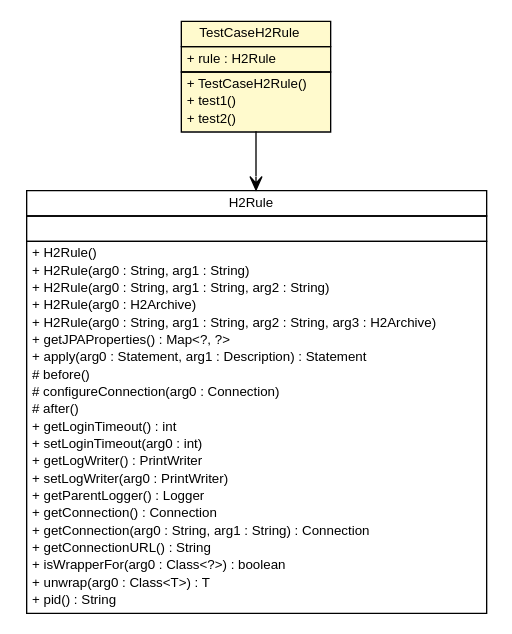
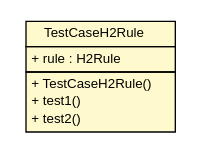
The diagram in testapidocs/com/edugility/liquiunit/TestCaseH2Rule.dot (ljnelson/liquiunit), drawn with Graphviz before and after one commit. The commit also changed 74 other files, not shown here.

```diff
--- a/testapidocs/com/edugility/liquiunit/TestCaseH2Rule.dot
+++ b/testapidocs/com/edugility/liquiunit/TestCaseH2Rule.dot
@@ -1,60 +1,26 @@
 #!/usr/local/bin/dot
 #
 # Class diagram 
 # Generated by UMLGraph version R5_6-24-gf6e263 (http://www.umlgraph.org/)
 #
 
 digraph G {
 	edge [fontname="Helvetica",fontsize=10,labelfontname="Helvetica",labelfontsize=10];
 	node [fontname="Helvetica",fontsize=10,shape=plaintext];
 	nodesep=0.25;
 	ranksep=0.5;
 	// com.edugility.liquiunit.TestCaseH2Rule
-	c29 [label=<<table title="com.edugility.liquiunit.TestCaseH2Rule" border="0" cellborder="1" cellspacing="0" cellpadding="2" port="p" bgcolor="lemonChiffon" href="./TestCaseH2Rule.html">
+	c27 [label=<<table title="com.edugility.liquiunit.TestCaseH2Rule" border="0" cellborder="1" cellspacing="0" cellpadding="2" port="p" bgcolor="lemonChiffon" href="./TestCaseH2Rule.html">
 		<tr><td><table border="0" cellspacing="0" cellpadding="1">
 <tr><td align="center" balign="center"> TestCaseH2Rule </td></tr>
 		</table></td></tr>
 		<tr><td><table border="0" cellspacing="0" cellpadding="1">
 <tr><td align="left" balign="left"> + rule : H2Rule </td></tr>
 		</table></td></tr>
 		<tr><td><table border="0" cellspacing="0" cellpadding="1">
 <tr><td align="left" balign="left"> + TestCaseH2Rule() </td></tr>
 <tr><td align="left" balign="left"> + test1() </td></tr>
 <tr><td align="left" balign="left"> + test2() </td></tr>
 		</table></td></tr>
 		</table>>, URL="./TestCaseH2Rule.html", fontname="Helvetica", fontcolor="black", fontsize=10.0];
-	// com.edugility.liquiunit.TestCaseH2Rule NAVASSOC com.edugility.liquiunit.H2Rule
-	c29:p -> c37:p [taillabel="", label="", headlabel="", fontname="Helvetica", fontcolor="black", fontsize=10.0, color="black", arrowhead=open];
-	// com.edugility.liquiunit.H2Rule
-	c37 [label=<<table title="com.edugility.liquiunit.H2Rule" border="0" cellborder="1" cellspacing="0" cellpadding="2" port="p">
-		<tr><td><table border="0" cellspacing="0" cellpadding="1">
-<tr><td align="center" balign="center"> H2Rule </td></tr>
-		</table></td></tr>
-		<tr><td><table border="0" cellspacing="0" cellpadding="1">
-<tr><td align="left" balign="left">  </td></tr>
-		</table></td></tr>
-		<tr><td><table border="0" cellspacing="0" cellpadding="1">
-<tr><td align="left" balign="left"> + H2Rule() </td></tr>
-<tr><td align="left" balign="left"> + H2Rule(arg0 : String, arg1 : String) </td></tr>
-<tr><td align="left" balign="left"> + H2Rule(arg0 : String, arg1 : String, arg2 : String) </td></tr>
-<tr><td align="left" balign="left"> + H2Rule(arg0 : H2Archive) </td></tr>
-<tr><td align="left" balign="left"> + H2Rule(arg0 : String, arg1 : String, arg2 : String, arg3 : H2Archive) </td></tr>
-<tr><td align="left" balign="left"> + getJPAProperties() : Map&lt;?, ?&gt; </td></tr>
-<tr><td align="left" balign="left"> + apply(arg0 : Statement, arg1 : Description) : Statement </td></tr>
-<tr><td align="left" balign="left"> # before() </td></tr>
-<tr><td align="left" balign="left"> # configureConnection(arg0 : Connection) </td></tr>
-<tr><td align="left" balign="left"> # after() </td></tr>
-<tr><td align="left" balign="left"> + getLoginTimeout() : int </td></tr>
-<tr><td align="left" balign="left"> + setLoginTimeout(arg0 : int) </td></tr>
-<tr><td align="left" balign="left"> + getLogWriter() : PrintWriter </td></tr>
-<tr><td align="left" balign="left"> + setLogWriter(arg0 : PrintWriter) </td></tr>
-<tr><td align="left" balign="left"> + getParentLogger() : Logger </td></tr>
-<tr><td align="left" balign="left"> + getConnection() : Connection </td></tr>
-<tr><td align="left" balign="left"> + getConnection(arg0 : String, arg1 : String) : Connection </td></tr>
-<tr><td align="left" balign="left"> + getConnectionURL() : String </td></tr>
-<tr><td align="left" balign="left"> + isWrapperFor(arg0 : Class&lt;?&gt;) : boolean </td></tr>
-<tr><td align="left" balign="left"> + unwrap(arg0 : Class&lt;T&gt;) : T </td></tr>
-<tr><td align="left" balign="left"> + pid() : String </td></tr>
-		</table></td></tr>
-		</table>>, URL="null", fontname="Helvetica", fontcolor="black", fontsize=10.0];
 }
```
